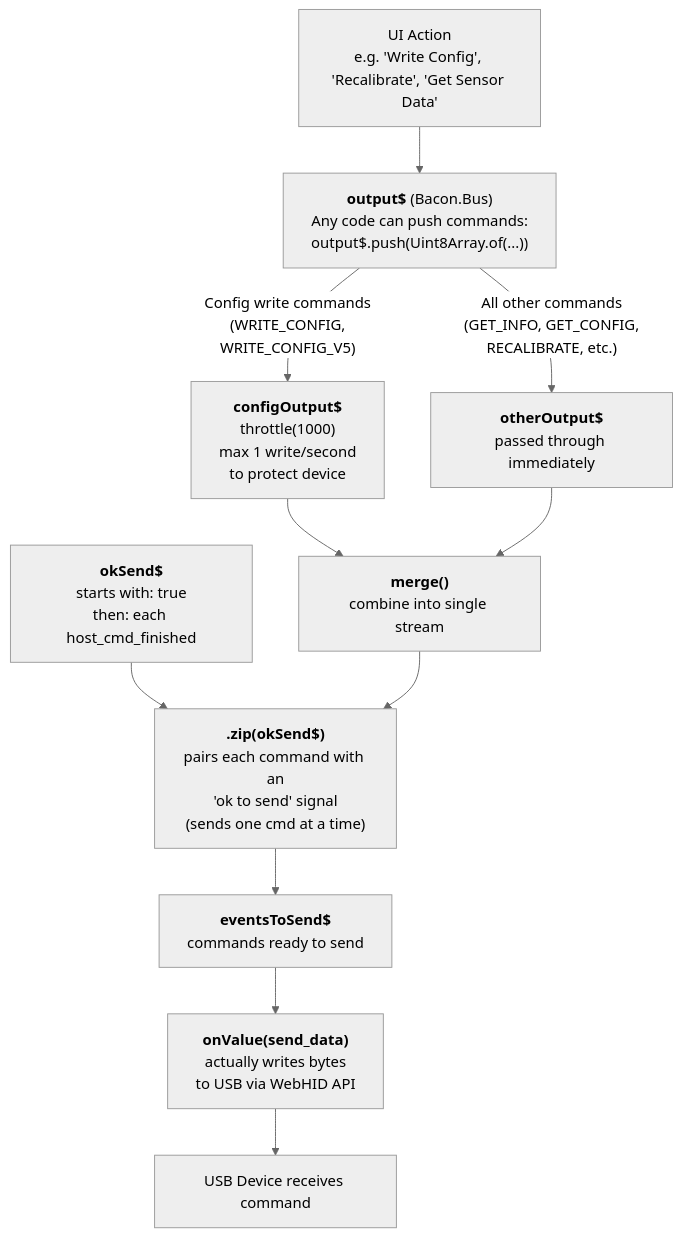
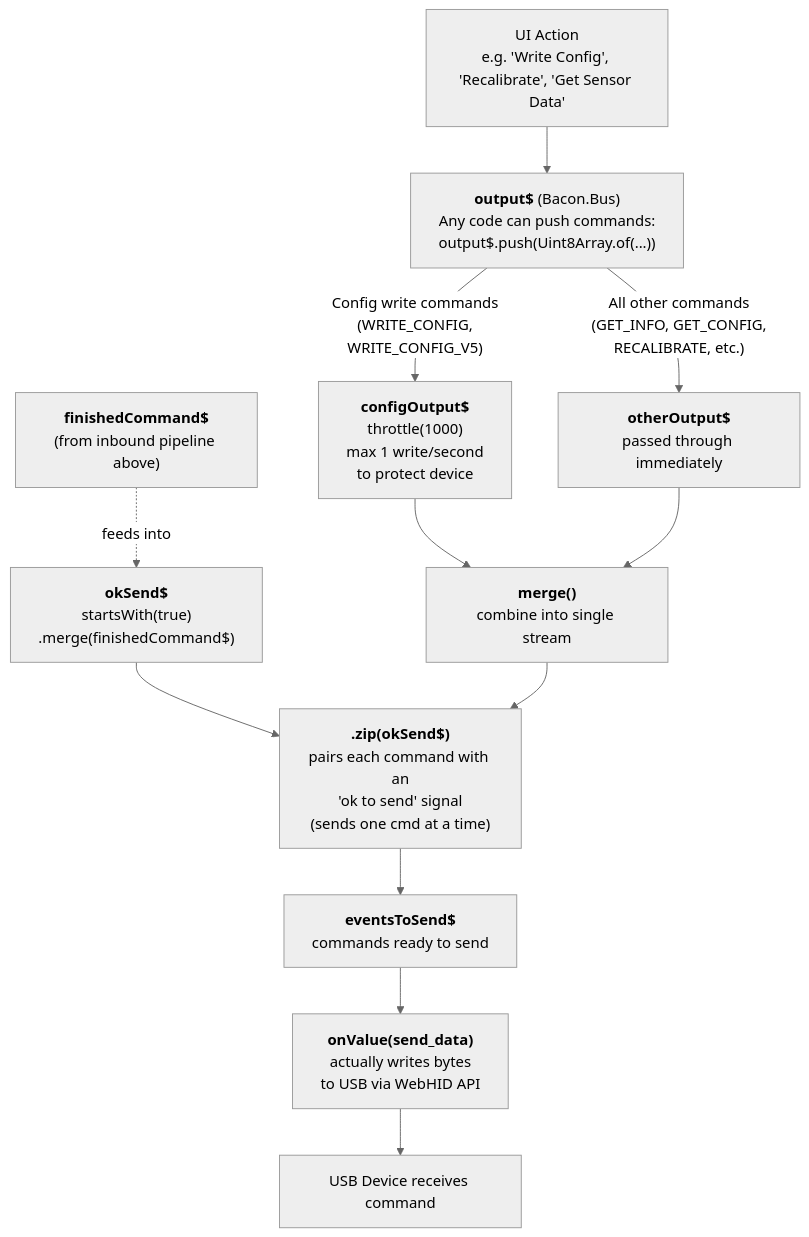
The fourth of 7 diagrams in docs/bacon-usb-observable-flow.md (noahm/smx-config-web), drawn with Mermaid (neutral theme) before and after one commit.

Commit message:
Show okSend$ as a consumer of finishedCommand$ in outbound diagram
Make explicit that okSend$ is derived from the inbound pipeline's
finishedCommand$ stream, connecting the two diagrams visually with
a dashed edge.

https://claude.ai/code/session_01XVKKb7fWyunNYfhSJcnUSd

````diff
--- a/docs/bacon-usb-observable-flow.md
+++ b/docs/bacon-usb-observable-flow.md
@@ -81,17 +81,18 @@
 ```mermaid
 graph TD
     UI["UI Action\ne.g. 'Write Config', 'Recalibrate', 'Get Sensor Data'"] --> bus["<b>output$</b> (Bacon.Bus)\nAny code can push commands:\noutput$.push(Uint8Array.of(...))"]
 
     bus -- "Config write commands\n(WRITE_CONFIG,\nWRITE_CONFIG_V5)" --> configOut["<b>configOutput$</b>\nthrottle(1000)\nmax 1 write/second\nto protect device"]
     bus -- "All other commands\n(GET_INFO, GET_CONFIG,\nRECALIBRATE, etc.)" --> otherOut["<b>otherOutput$</b>\npassed through immediately"]
 
     configOut --> merged["<b>merge()</b>\ncombine into single stream"]
     otherOut --> merged
 
-    okSend["<b>okSend$</b>\nstarts with: true\nthen: each host_cmd_finished"] --> zipped
+    finished["<b>finishedCommand$</b>\n(from inbound pipeline above)"] -. "feeds into" .-> okSend["<b>okSend$</b>\nstartsWith(true)\n.merge(finishedCommand$)"]
+    okSend --> zipped
     merged --> zipped["<b>.zip(okSend$)</b>\npairs each command with an\n'ok to send' signal\n(sends one cmd at a time)"]
 
     zipped --> ready["<b>eventsToSend$</b>\ncommands ready to send"]
     ready --> send["<b>onValue(send_data)</b>\nactually writes bytes\nto USB via WebHID API"]
     send --> device["USB Device receives command"]
 ```
````
